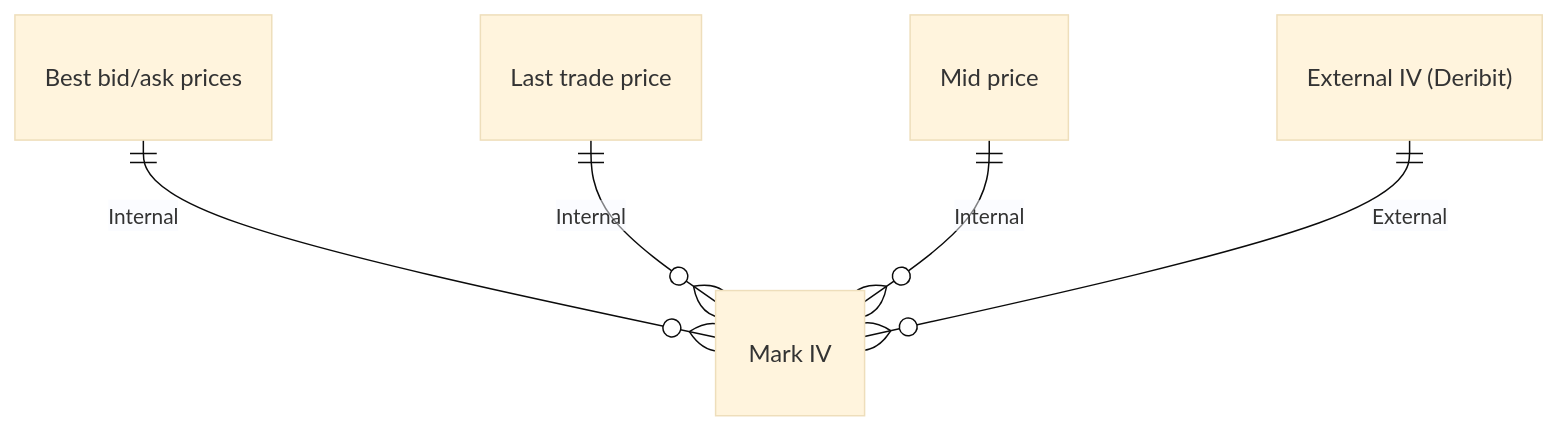
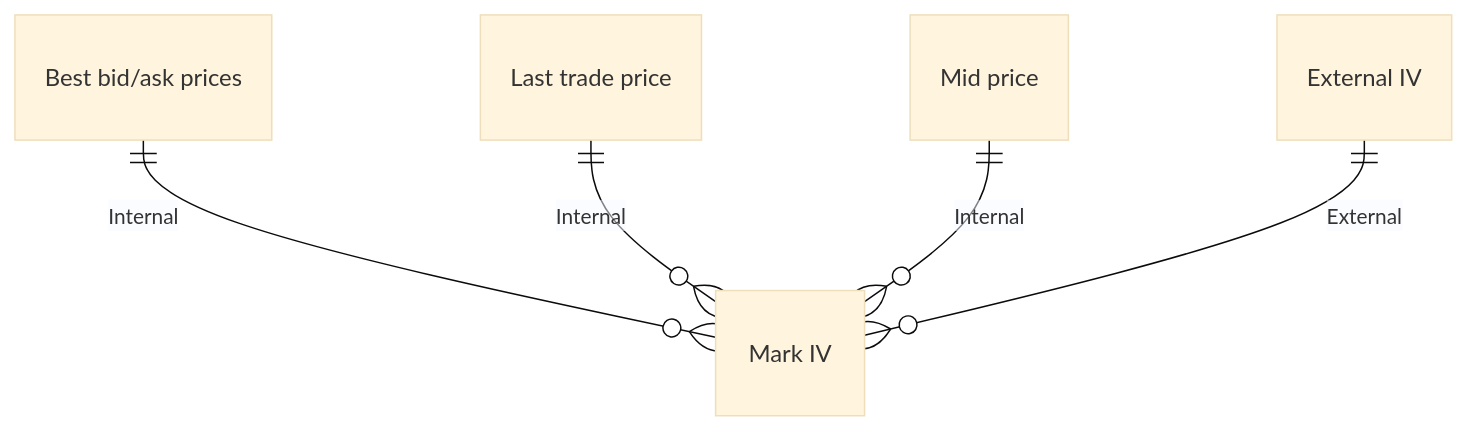
The diagram in fern/pages/options/understanding-perpetual-options.mdx (tradeparadex/paradex-docs), drawn with Mermaid (base theme) before and after one commit.

Commit message:
remove deribit ref

````diff
--- a/fern/pages/options/understanding-perpetual-options.mdx
+++ b/fern/pages/options/understanding-perpetual-options.mdx
@@ -43,7 +43,7 @@
 ```mermaid
 erDiagram
     "Best bid/ask prices" ||--o{ "Mark IV" : "Internal"
     "Last trade price" ||--o{ "Mark IV" : "Internal"
     "Mid price" ||--o{ "Mark IV" : "Internal"
-    "External IV (Deribit)" ||--o{ "Mark IV" : "External"
+    "External IV" ||--o{ "Mark IV" : "External"
 ```
````
